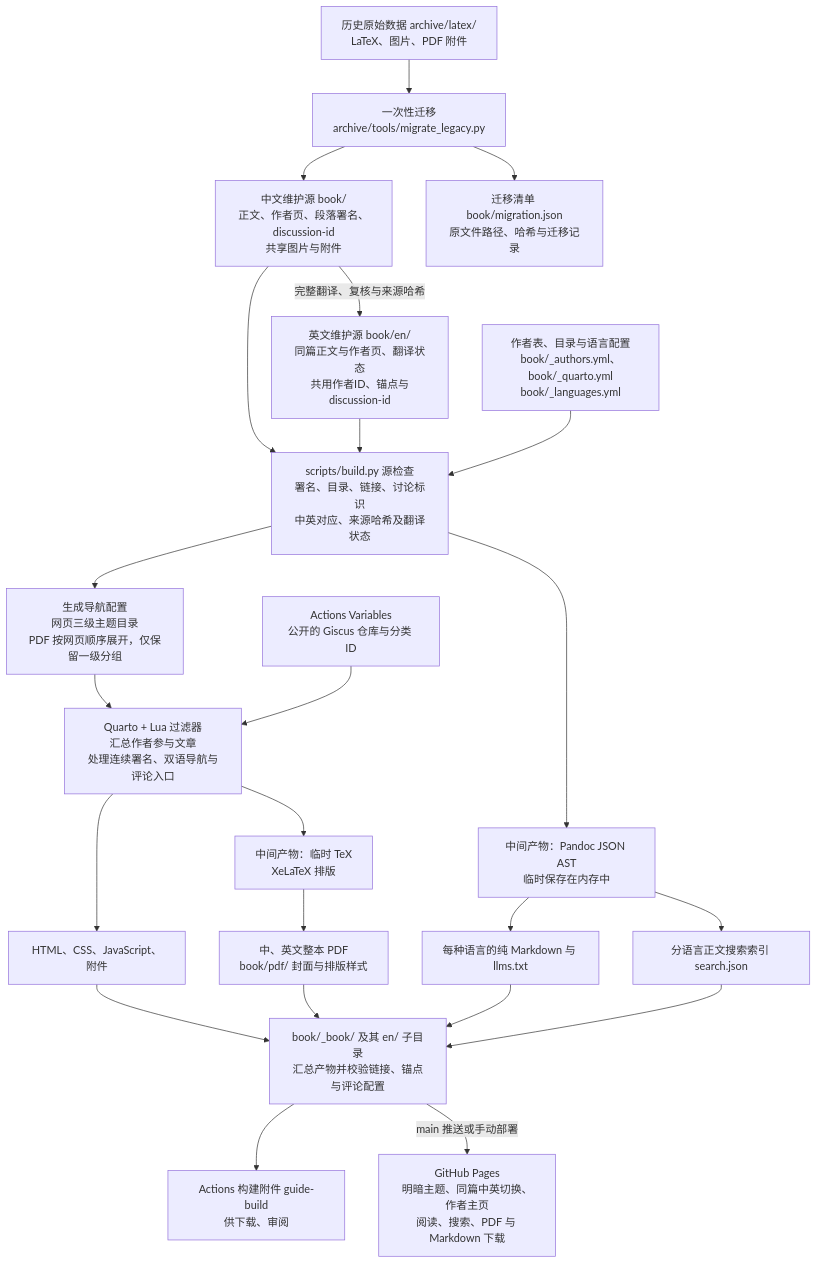
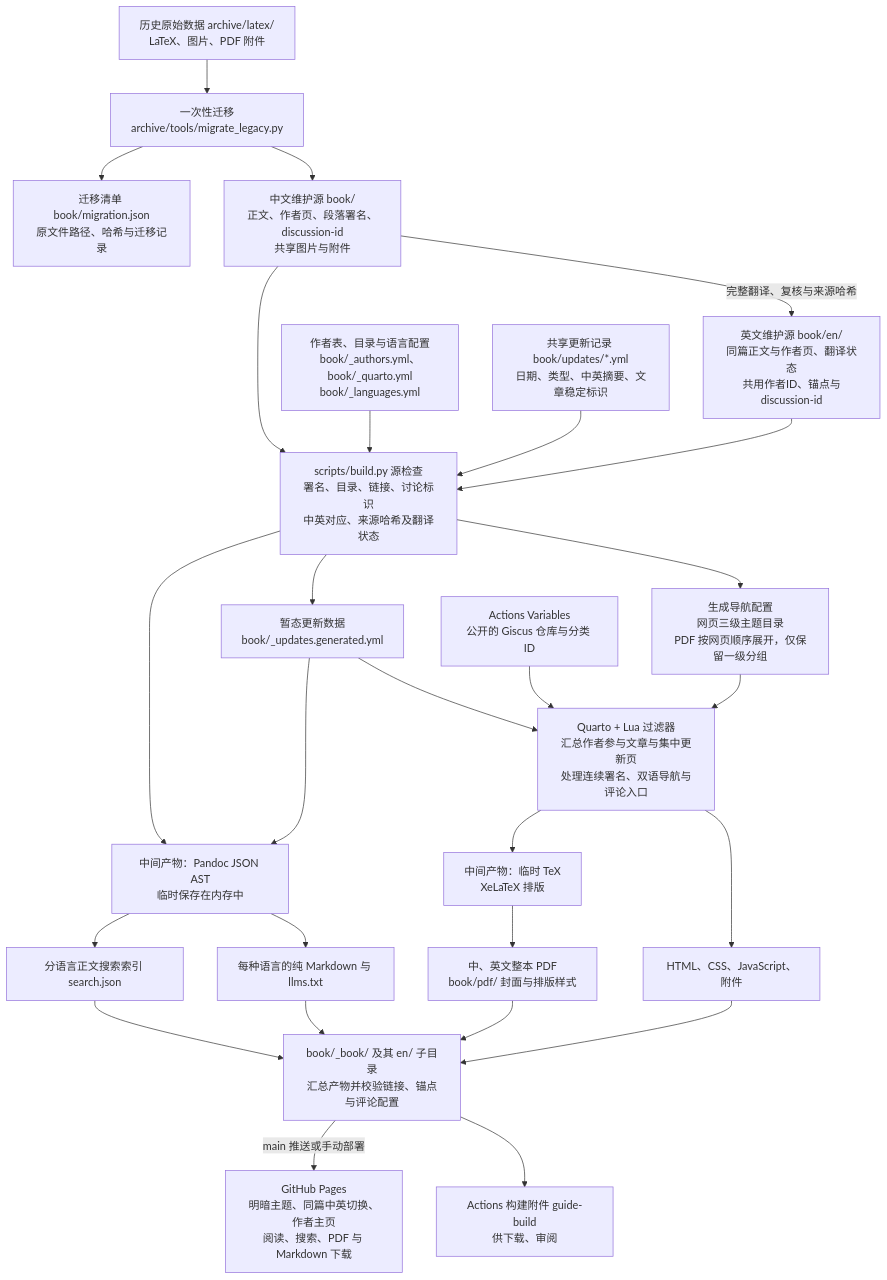
Before and after one commit to xp-pgrs-unofficial-guide/xp_pgrs_unofficial_guide: the first of 2 diagrams in docs/data-flow.md, drawn with Mermaid. The commit also changed other lines of this file and 17 other files, not shown here.

````diff
--- a/docs/data-flow.md
+++ b/docs/data-flow.md
@@ -9,33 +9,37 @@
 ```mermaid
 flowchart TD
     OLD["历史原始数据 archive/latex/<br/>LaTeX、图片、PDF 附件"]
     OLD --> MIG["一次性迁移<br/>archive/tools/migrate_legacy.py"]
     MIG --> SRC["中文维护源 book/<br/>正文、作者页、段落署名、discussion-id<br/>共享图片与附件"]
     SRC -->|"完整翻译、复核与来源哈希"| EN["英文维护源 book/en/<br/>同篇正文与作者页、翻译状态<br/>共用作者ID、锚点与discussion-id"]
     MIG --> MAN["迁移清单 book/migration.json<br/>原文件路径、哈希与迁移记录"]
 
     META["作者表、目录与语言配置<br/>book/_authors.yml、book/_quarto.yml<br/>book/_languages.yml"]
     SRC --> CHECK["scripts/build.py 源检查<br/>署名、目录、链接、讨论标识<br/>中英对应、来源哈希及翻译状态"]
     EN --> CHECK
     META --> CHECK
+    UPDATES["共享更新记录 book/updates/*.yml<br/>日期、类型、中英摘要、文章稳定标识"] --> CHECK
 
     CHECK --> NAV["生成导航配置<br/>网页三级主题目录<br/>PDF 按网页顺序展开，仅保留一级分组"]
-    NAV --> RENDER["Quarto + Lua 过滤器<br/>汇总作者参与文章<br/>处理连续署名、双语导航与评论入口"]
+    CHECK --> UPDATE_META["暂态更新数据<br/>book/_updates.generated.yml"]
+    NAV --> RENDER["Quarto + Lua 过滤器<br/>汇总作者参与文章与集中更新页<br/>处理连续署名、双语导航与评论入口"]
+    UPDATE_META --> RENDER
     VARS["Actions Variables<br/>公开的 Giscus 仓库与分类 ID"] --> RENDER
 
     RENDER --> HTML["HTML、CSS、JavaScript、附件"]
     RENDER --> TEX["中间产物：临时 TeX<br/>XeLaTeX 排版"]
     TEX --> PDF["中、英文整本 PDF<br/>book/pdf/ 封面与排版样式"]
 
     CHECK --> AST["中间产物：Pandoc JSON AST<br/>临时保存在内存中"]
+    UPDATE_META --> AST
     AST --> MD["每种语言的纯 Markdown 与 llms.txt"]
     AST --> SEARCH["分语言正文搜索索引 search.json"]
 
     HTML --> OUT["book/_book/ 及其 en/ 子目录<br/>汇总产物并校验链接、锚点与评论配置"]
     PDF --> OUT
     MD --> OUT
     SEARCH --> OUT
 
     OUT --> ART["Actions 构建附件 guide-build<br/>供下载、审阅"]
     OUT -->|"main 推送或手动部署"| PAGES["GitHub Pages<br/>明暗主题、同篇中英切换、作者主页<br/>阅读、搜索、PDF 与 Markdown 下载"]
 ```
````
